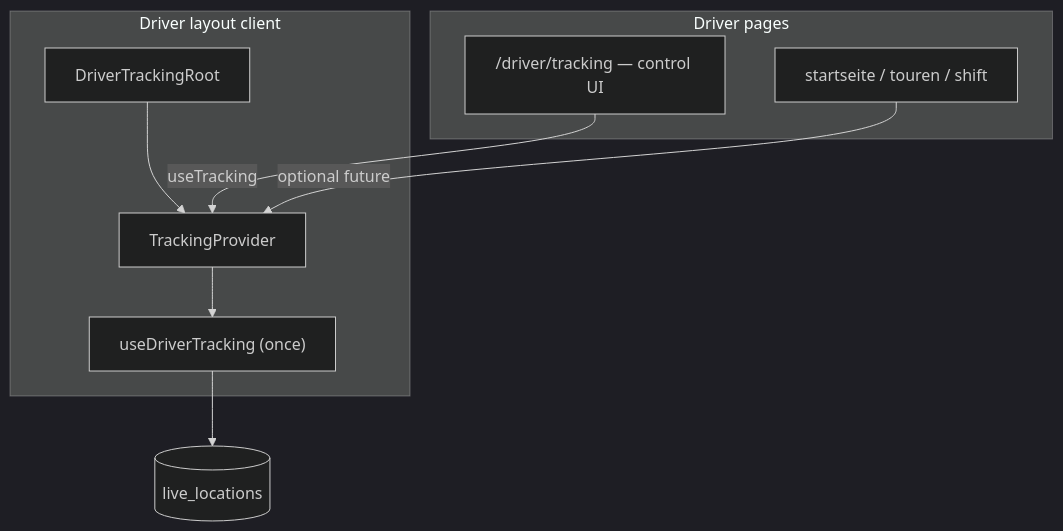
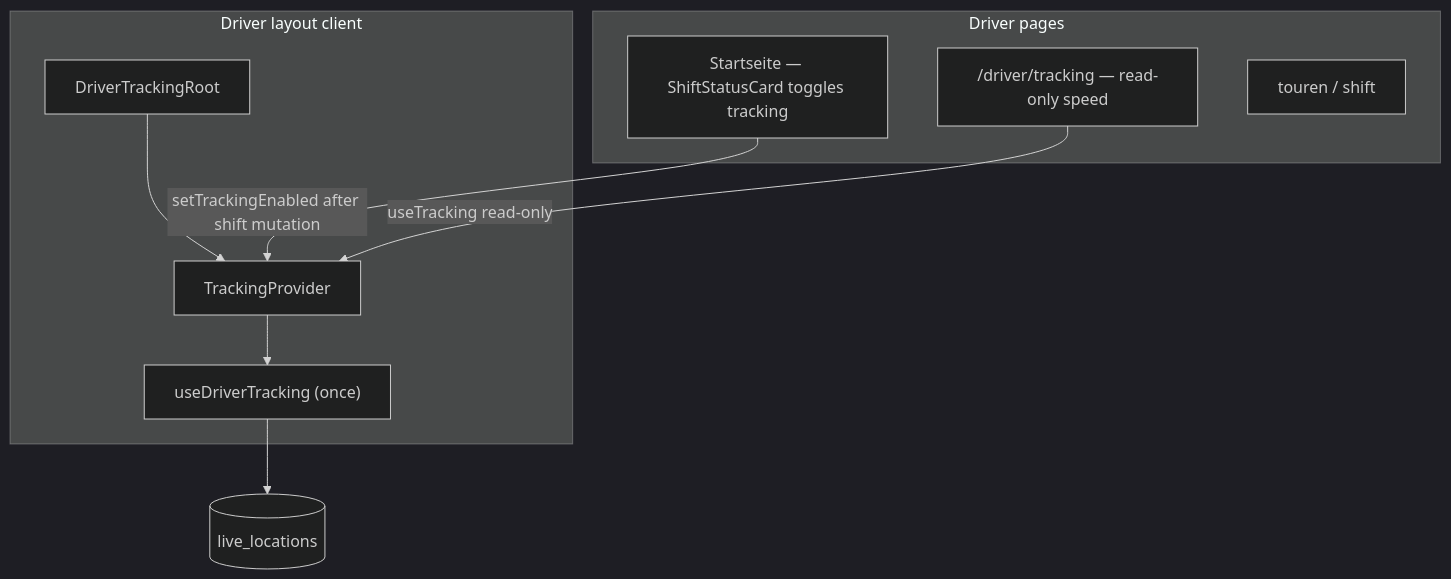
One commit to 7asun/taxigo_admin changed the diagram in docs/modules/driver-tracking.md. Above: the diagram before and after it, drawn with Mermaid (dark theme). The commit also changed other lines of this file and 53 other files, not shown here.

````diff
--- a/docs/modules/driver-tracking.md
+++ b/docs/modules/driver-tracking.md
@@ -47,17 +69,18 @@
 ```mermaid
 flowchart TB
   subgraph driverLayout [Driver layout client]
     DriverTrackingRoot
     TrackingProvider
     useDriverTracking["useDriverTracking (once)"]
     DriverTrackingRoot --> TrackingProvider
     TrackingProvider --> useDriverTracking
   end
   subgraph pages [Driver pages]
-    TrackingPage["/driver/tracking — control UI"]
-    OtherPages["startseite / touren / shift"]
+    Startseite["Startseite — ShiftStatusCard toggles tracking"]
+    TrackingPage["/driver/tracking — read-only speed"]
+    OtherPages["touren / shift"]
   end
-  TrackingPage -->|useTracking| TrackingProvider
-  OtherPages -->|optional future| TrackingProvider
+  Startseite -->|setTrackingEnabled after shift mutation| TrackingProvider
+  TrackingPage -->|useTracking read-only| TrackingProvider
   useDriverTracking --> live_locations[(live_locations)]
 ```
````
